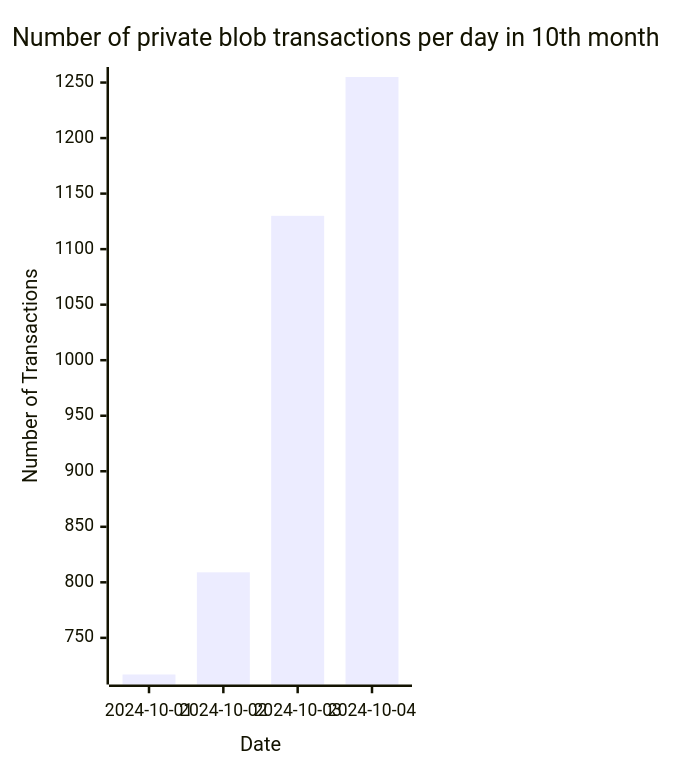
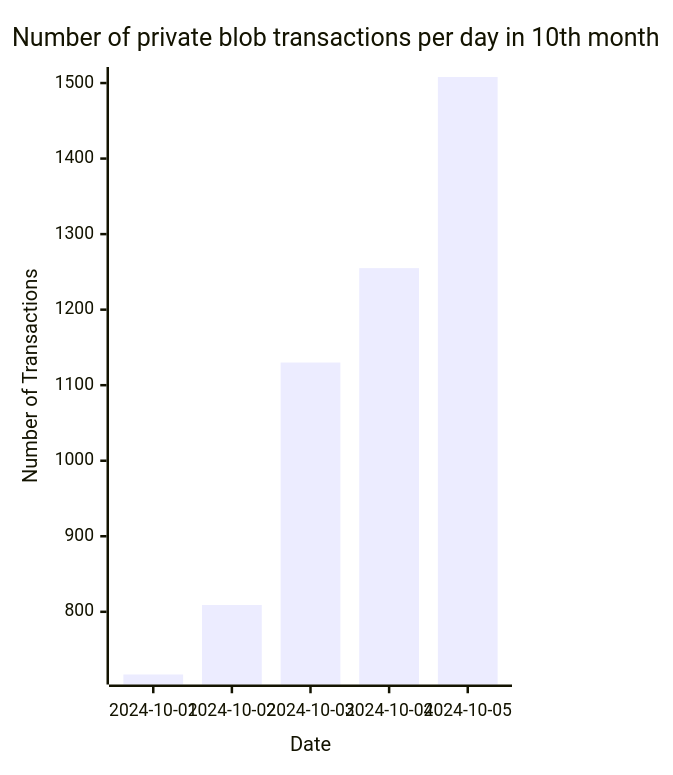
One commit to Amit0617/eip4844-data changed the eighth of 8 diagrams in README.md. Above: the diagram before and after it, drawn with Mermaid. The commit also changed 1 other file, not shown here.

````diff
--- a/README.md
+++ b/README.md
@@ -92,12 +92,12 @@
 ```mermaid
 ---
 config:
     xyChart:
-        width: 320
+        width: 400
         height: 600
 ---
 xychart-beta title "Number of private blob transactions per day in 10th month"
-x-axis "Date" [2024-10-01,2024-10-02,2024-10-03,2024-10-04]
+x-axis "Date" [2024-10-01,2024-10-02,2024-10-03,2024-10-04,2024-10-05]
 y-axis "Number of Transactions"
-bar[717,809,1130,1255]
+bar[717,809,1130,1255,1508]
 ```
````
